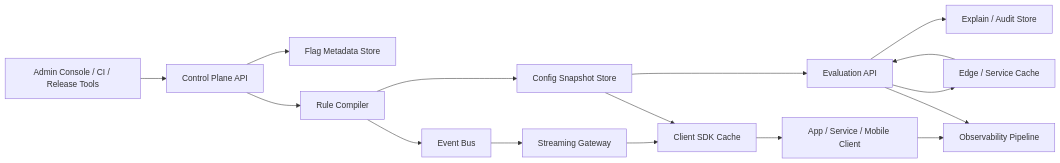
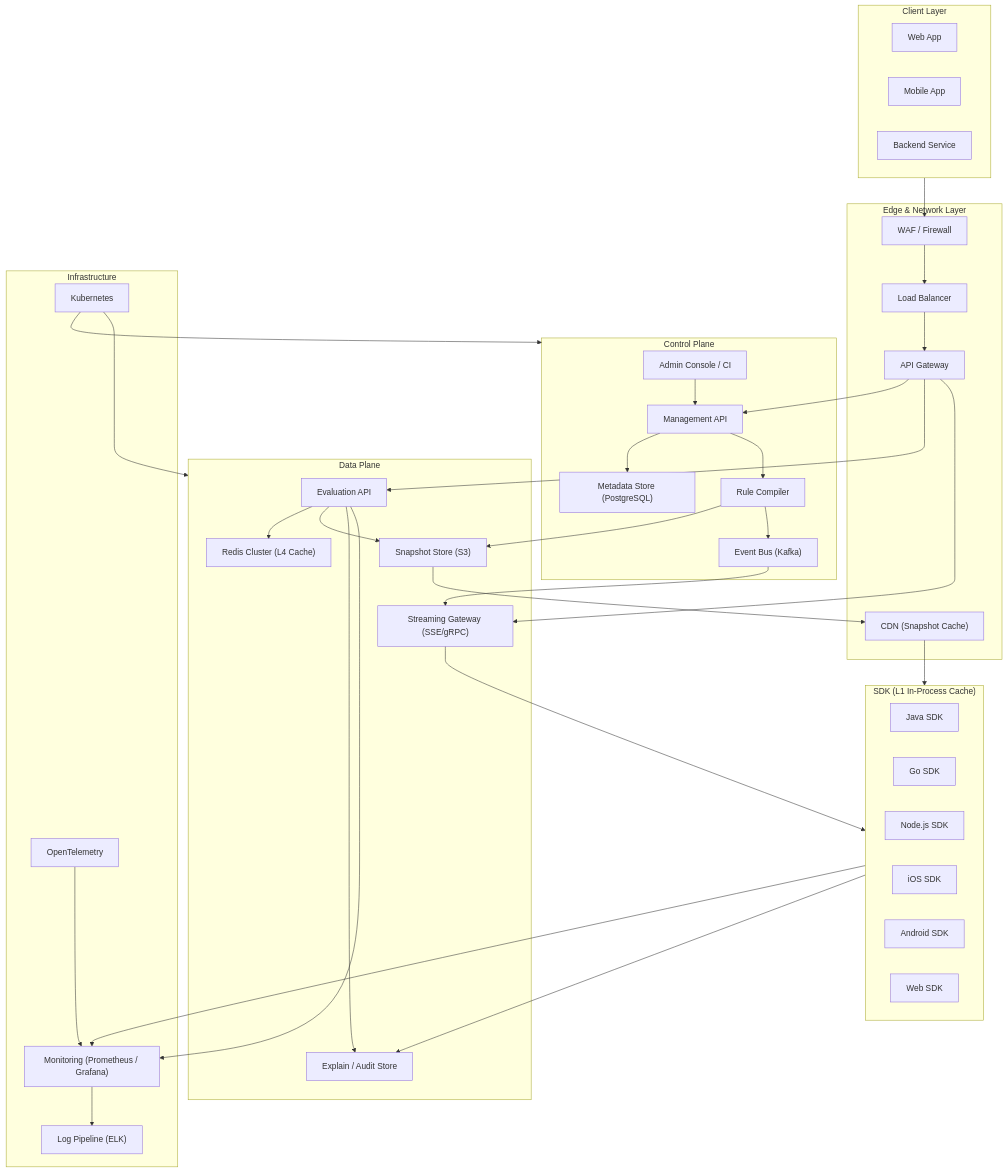
Before and after one commit to ikukei/interview-question-202605: the first of 3 diagrams in feature-management-service-architecture.md, drawn with Mermaid. The commit also changed other lines of this file and 10 other files, not shown here.

Commit message:
update architecture， submit chinese design， chinese architecture, english ppt

````diff
--- a/feature-management-service-architecture.md
+++ b/feature-management-service-architecture.md
@@ -18,18 +20,71 @@
 ```mermaid
-flowchart LR
-    A["Admin Console / CI / Release Tools"] --> B["Control Plane API"]
-    B --> C["Flag Metadata Store"]
-    B --> D["Rule Compiler"]
-    D --> E["Config Snapshot Store"]
-    D --> F["Event Bus"]
-    F --> G["Streaming Gateway"]
-    E --> H["Evaluation API"]
-    G --> I["Client SDK Cache"]
-    E --> I
-    H --> J["Edge / Service Cache"]
-    I --> K["App / Service / Mobile Client"]
-    J --> H
-    H --> L["Explain / Audit Store"]
-    K --> M["Observability Pipeline"]
-    H --> M
+flowchart TD
+    subgraph Client["Client Layer"]
+        WebApp["Web App"]
+        MobileApp["Mobile App"]
+        BackendSvc["Backend Service"]
+    end
+
+    subgraph Edge["Edge & Network Layer"]
+        WAF["WAF / Firewall"]
+        CDN["CDN (Snapshot Cache)"]
+        LB["Load Balancer"]
+        GW["API Gateway"]
+    end
+
+    subgraph ControlPlane["Control Plane"]
+        AdminUI["Admin Console / CI"]
+        MgmtAPI["Management API"]
+        Compiler["Rule Compiler"]
+        MetaDB["Metadata Store (PostgreSQL)"]
+        EventBus["Event Bus (Kafka)"]
+    end
+
+    subgraph DataPlane["Data Plane"]
+        EvalAPI["Evaluation API"]
+        StreamGW["Streaming Gateway (SSE/gRPC)"]
+        SnapshotStore["Snapshot Store (S3)"]
+        RedisCluster["Redis Cluster (L4 Cache)"]
+        ExplainStore["Explain / Audit Store"]
+    end
+
+    subgraph SDK["SDK (L1 In-Process Cache)"]
+        JavaSDK["Java SDK"]
+        GoSDK["Go SDK"]
+        JSSDKNode["Node.js SDK"]
+        iOSSDK["iOS SDK"]
+        AndroidSDK["Android SDK"]
+        WebSDK["Web SDK"]
+    end
+
+    subgraph Infra["Infrastructure"]
+        K8S["Kubernetes"]
+        Monitor["Monitoring (Prometheus / Grafana)"]
+        OTel["OpenTelemetry"]
+        ELK["Log Pipeline (ELK)"]
+    end
+
+    Client --> WAF --> LB --> GW
+    GW --> MgmtAPI
+    GW --> EvalAPI
+    GW --> StreamGW
+    AdminUI --> MgmtAPI
+    MgmtAPI --> MetaDB
+    MgmtAPI --> Compiler
+    Compiler --> SnapshotStore
+    Compiler --> EventBus
+    EventBus --> StreamGW
+    SnapshotStore --> CDN
+    CDN --> SDK
+    StreamGW --> SDK
+    EvalAPI --> RedisCluster
+    EvalAPI --> SnapshotStore
+    EvalAPI --> ExplainStore
+    SDK --> ExplainStore
+    SDK --> Monitor
+    EvalAPI --> Monitor
+    K8S --> ControlPlane
+    K8S --> DataPlane
+    OTel --> Monitor
+    Monitor --> ELK
 ```
````
